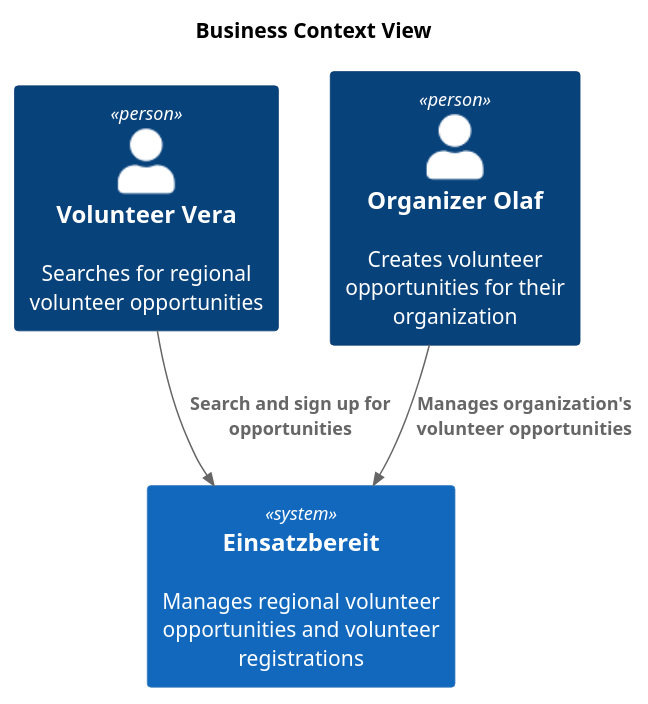
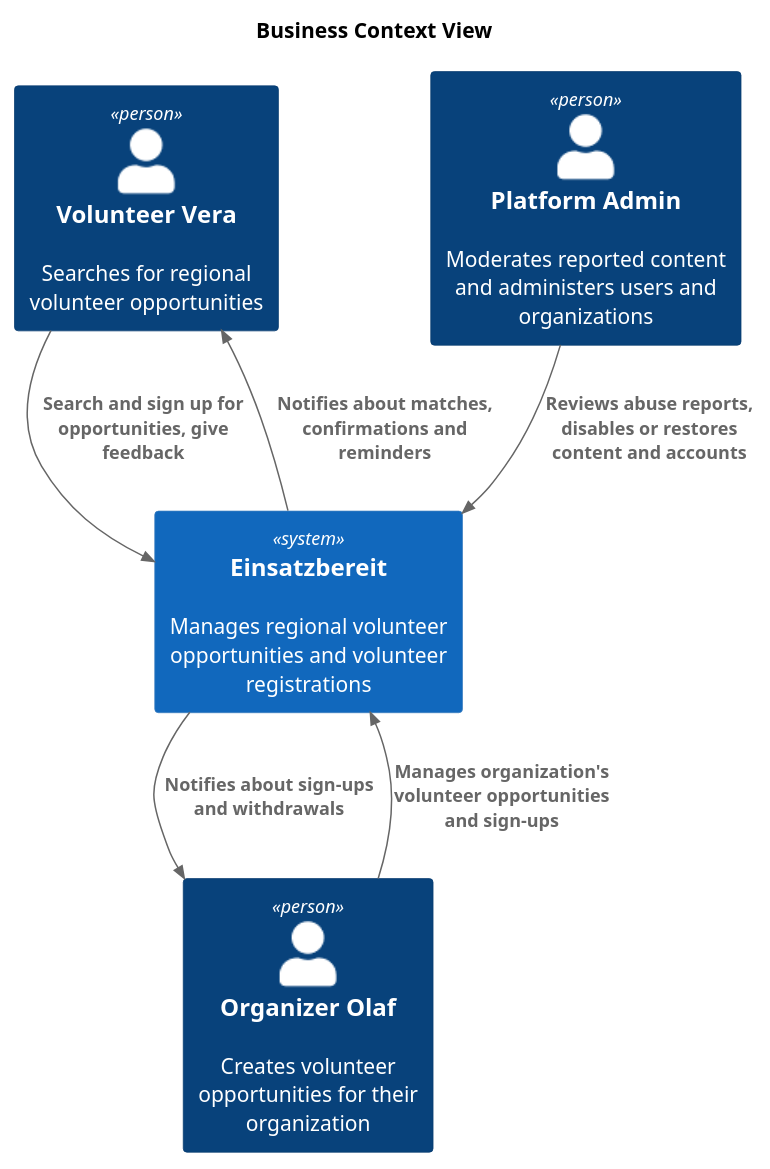
Before and after one commit to maik-hasler/einsatzbereit: the diagram in docs/Architecture/images/business-context.puml, drawn with PlantUML. The commit also changed 17 other files, not shown here.

```diff
--- a/docs/Architecture/images/business-context.puml
+++ b/docs/Architecture/images/business-context.puml
@@ -1,15 +1,19 @@
 @startuml Business Context
 
 !include <C4/C4_Context>
 
 title Business Context View
 
 Person(volunteer, "Volunteer Vera", "Searches for regional volunteer opportunities")
 Person(organizer, "Organizer Olaf", "Creates volunteer opportunities for their organization")
+Person(admin, "Platform Admin", "Moderates reported content and administers users and organizations")
 
 System(einsatzbereit, "Einsatzbereit", "Manages regional volunteer opportunities and volunteer registrations")
 
-Rel(volunteer, einsatzbereit, "Search and sign up for opportunities")
-Rel(organizer, einsatzbereit, "Manages organization's volunteer opportunities")
+Rel(volunteer, einsatzbereit, "Search and sign up for opportunities, give feedback")
+Rel(organizer, einsatzbereit, "Manages organization's volunteer opportunities and sign-ups")
+Rel(admin, einsatzbereit, "Reviews abuse reports, disables or restores content and accounts")
+Rel(einsatzbereit, volunteer, "Notifies about matches, confirmations and reminders")
+Rel(einsatzbereit, organizer, "Notifies about sign-ups and withdrawals")
 
 @enduml
```
